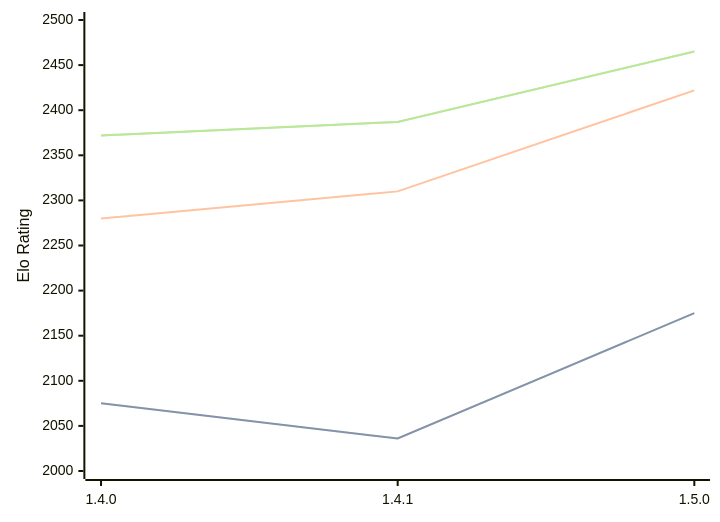
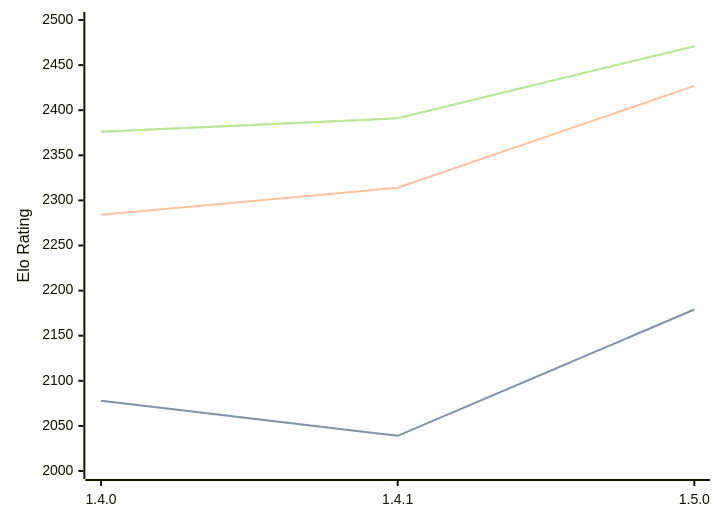
One commit to computer-chess-index/cci changed the diagram in engines/Tofiks.md. Above: the diagram before and after it, drawn with Mermaid. The commit also changed other lines of this file, not shown here.

Commit message:
Update CCI Ratings (ELO VLTC) - 2026-08-18

````diff
--- a/engines/Tofiks.md
+++ b/engines/Tofiks.md
@@ -33,11 +33,11 @@
 ```mermaid
 %%{init: {"theme":"base","themeVariables":{"seriesColors:['#a3a3a3','#222221','#faa371']}}}%%
 xychart-beta
   x-axis ["1.4.0", "1.4.1", "1.5.0"]
   y-axis "Elo Rating" 2000 --> 2500
-  line "STC (8.0+0.08s)" [2075, 2036, 2175]
-  line "STC (8.0+0.08s)" [2075, 2036, 2175]
-  line "LTC (60.0+0.60s)" [2280, 2310, 2422]
-  line "VLTC (2m24s+1.12s)" [2372, 2387, 2465]
-  line "VLTC (2m24s+1.12s)" [2372, 2387, 2465]
+  line "STC (8.0+0.08s)" [2078, 2039, 2179]
+  line "STC (8.0+0.08s)" [2078, 2039, 2179]
+  line "LTC (60.0+0.60s)" [2284, 2314, 2427]
+  line "VLTC (2m24s+1.12s)" [2376, 2391, 2471]
+  line "VLTC (2m24s+1.12s)" [2376, 2391, 2471]
 ```
````
